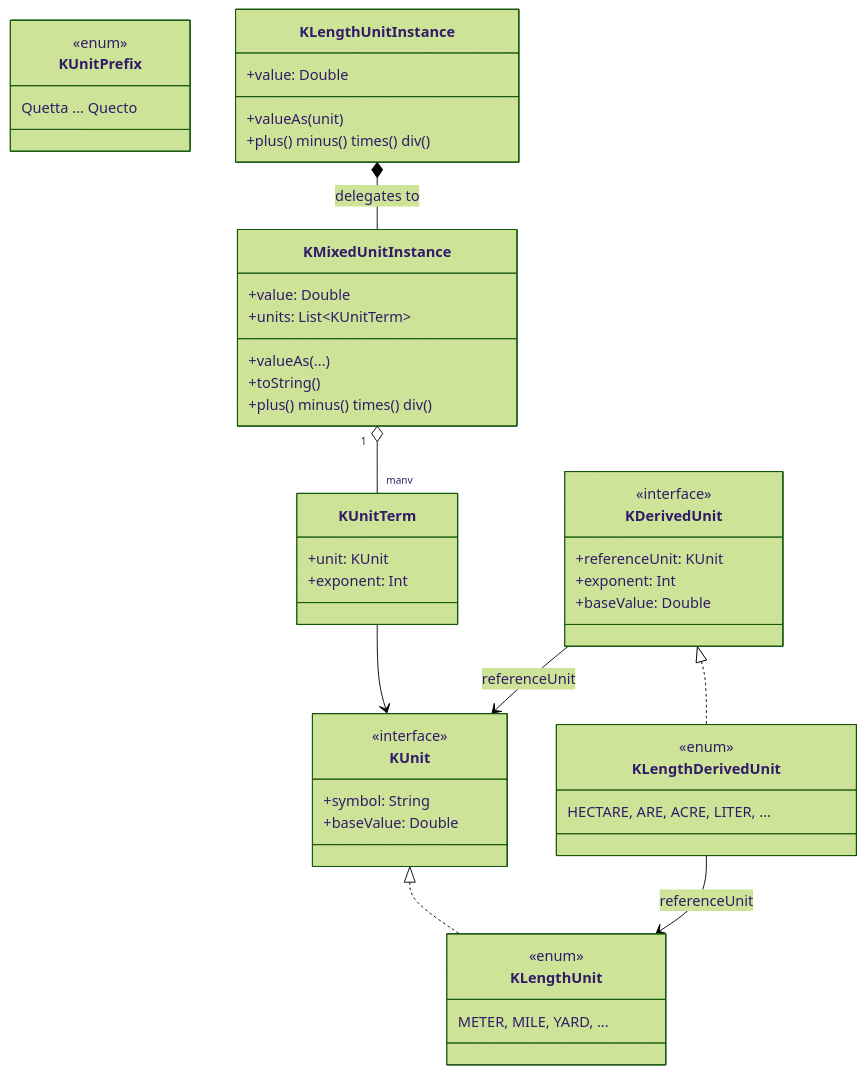
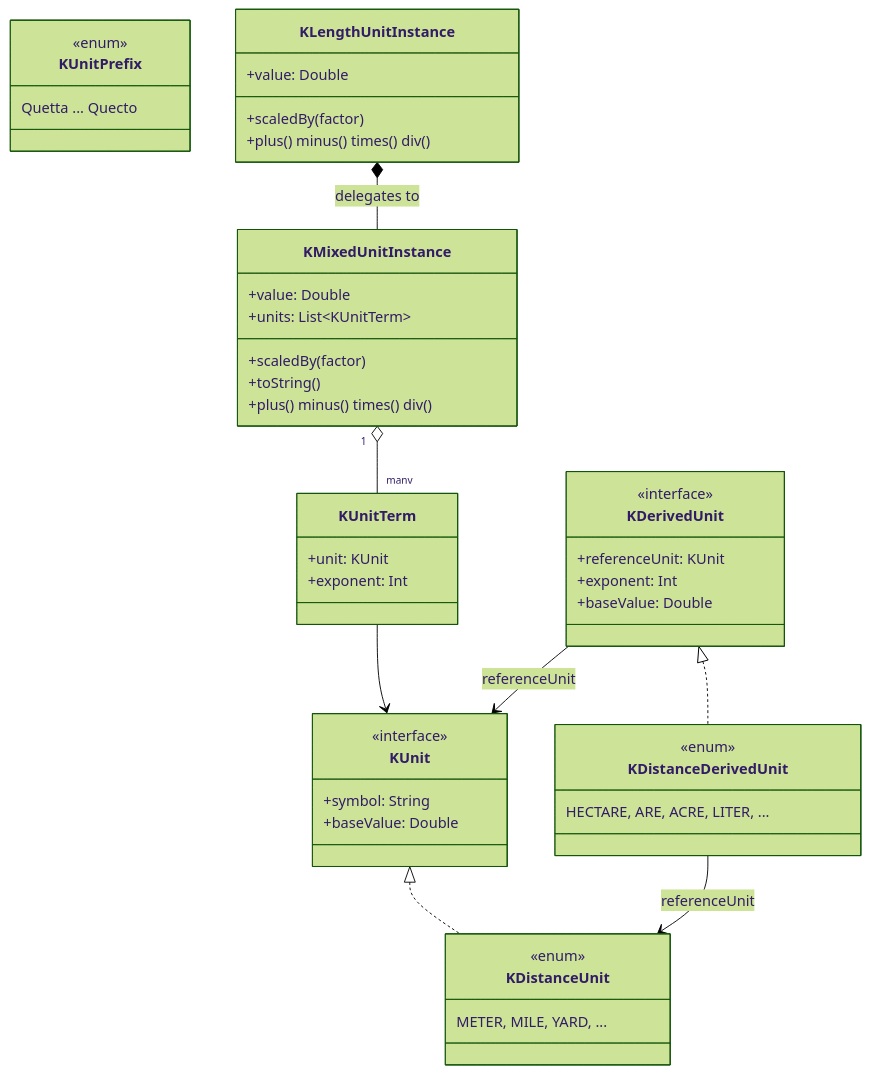
Before and after one commit to KleinerHacker/kunit: the diagram in README.ja.md, drawn with Mermaid (forest theme). The commit also changed other lines of this file and 105 other files, not shown here.

````diff
--- a/README.ja.md
+++ b/README.ja.md
@@ -75,52 +77,52 @@
 ```mermaid
 classDiagram
     class KUnit {
         <<interface>>
         +symbol: String
         +baseValue: Double
     }
     class KMixedUnitInstance {
         +value: Double
         +units: List~KUnitTerm~
-        +valueAs(...)
+        +scaledBy(factor)
         +toString()
         +plus() minus() times() div()
     }
     class KUnitTerm {
         +unit: KUnit
         +exponent: Int
     }
     class KUnitPrefix {
         <<enum>>
         Quetta ... Quecto
     }
     class KDerivedUnit {
         <<interface>>
         +referenceUnit: KUnit
         +exponent: Int
         +baseValue: Double
     }
 
     KMixedUnitInstance "1" o-- "many" KUnitTerm
     KUnitTerm --> KUnit
     KDerivedUnit --> KUnit : referenceUnit
 
-    class KLengthUnit {
+    class KDistanceUnit {
         <<enum>>
         METER, MILE, YARD, ...
     }
     class KLengthUnitInstance {
         +value: Double
-        +valueAs(unit)
+        +scaledBy(factor)
         +plus() minus() times() div()
     }
-    class KLengthDerivedUnit {
+    class KDistanceDerivedUnit {
         <<enum>>
         HECTARE, ARE, ACRE, LITER, ...
     }
 
-    KUnit <|.. KLengthUnit
-    KDerivedUnit <|.. KLengthDerivedUnit
+    KUnit <|.. KDistanceUnit
+    KDerivedUnit <|.. KDistanceDerivedUnit
     KLengthUnitInstance *-- KMixedUnitInstance : delegates to
-    KLengthDerivedUnit --> KLengthUnit : referenceUnit
+    KDistanceDerivedUnit --> KDistanceUnit : referenceUnit
 ```
````
